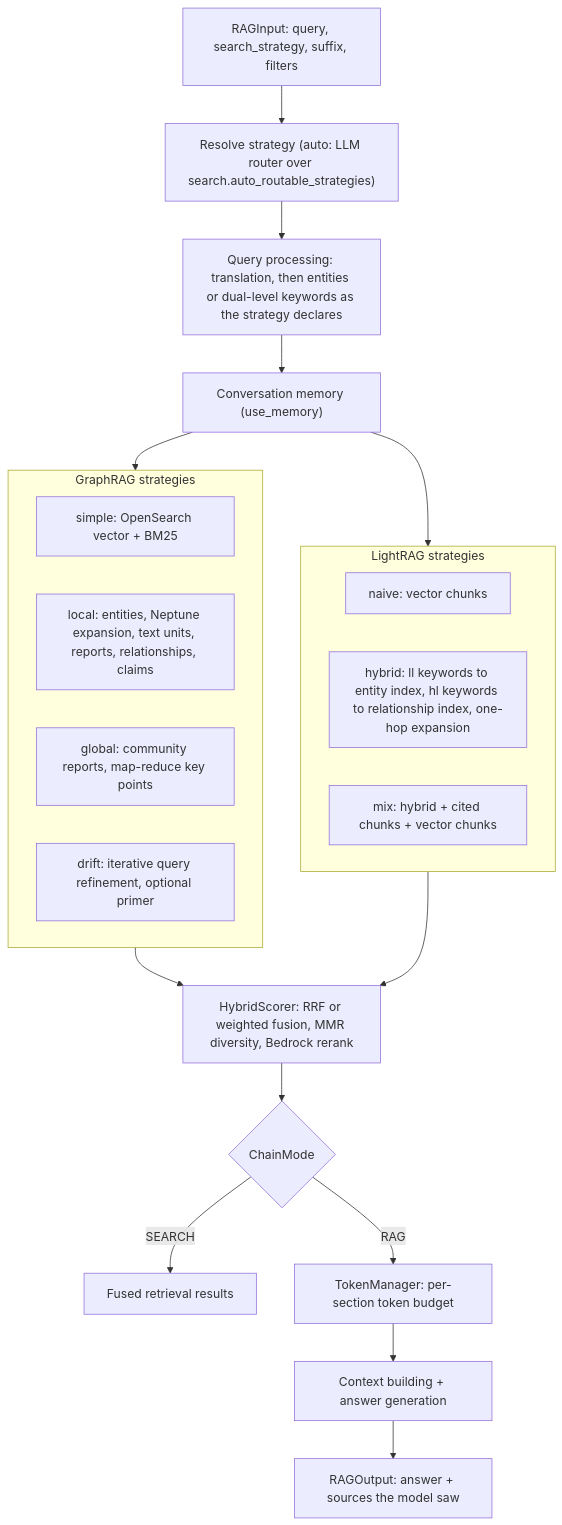
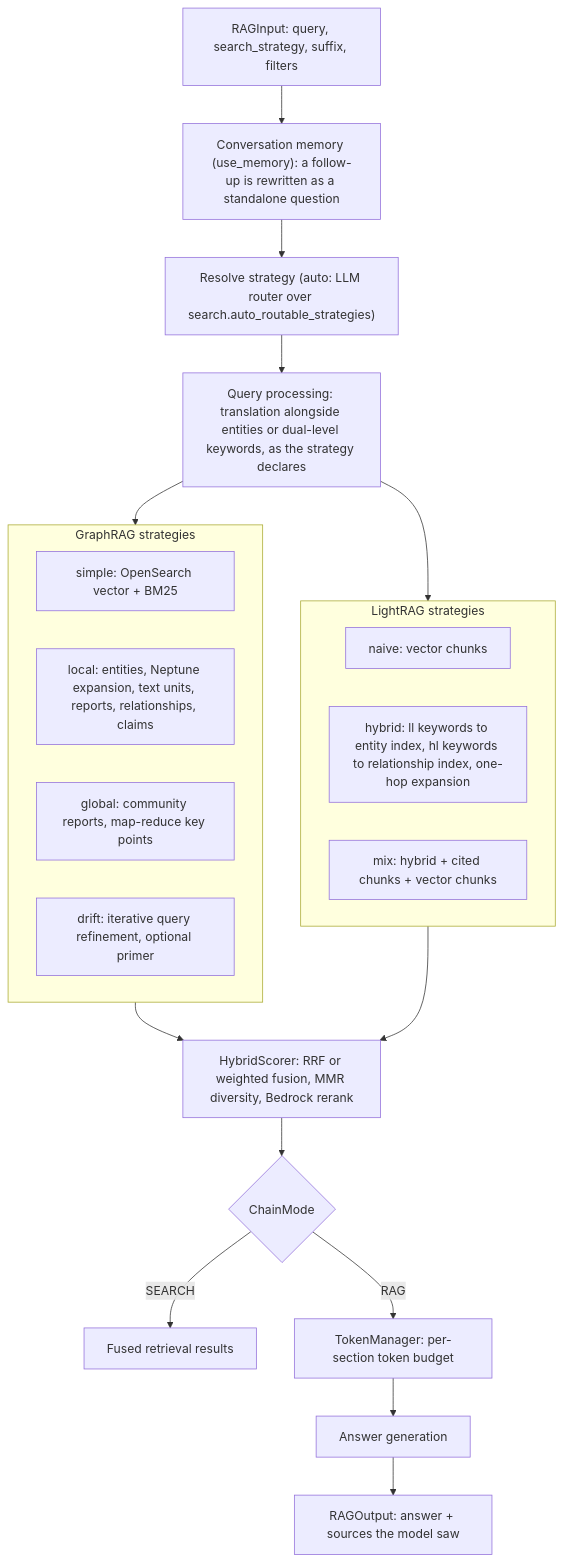
Before and after one commit to awslabs/unified-kg-rag-on-aws: the third of 3 diagrams in docs/design.ko.md, drawn with Mermaid. The commit also changed other lines of this file and 51 other files, not shown here.

First line of the commit message:
fix(retrieval): rewrite follow-ups, trim duplicate context and calls (#212)

````diff
--- a/docs/design.ko.md
+++ b/docs/design.ko.md
@@ -291,26 +291,26 @@
 ```mermaid
 flowchart TD
-    input["RAGInput: query, search_strategy, suffix, filters"] --> resolve["Resolve strategy (auto: LLM router over search.auto_routable_strategies)"]
-    resolve --> qp["Query processing: translation, then entities or dual-level keywords as the strategy declares"]
-    qp --> memory["Conversation memory (use_memory)"]
-    memory --> graphrag
-    memory --> lightrag
+    input["RAGInput: query, search_strategy, suffix, filters"] --> memory["Conversation memory (use_memory): a follow-up is rewritten as a standalone question"]
+    memory --> resolve["Resolve strategy (auto: LLM router over search.auto_routable_strategies)"]
+    resolve --> qp["Query processing: translation alongside entities or dual-level keywords, as the strategy declares"]
+    qp --> graphrag
+    qp --> lightrag
     subgraph graphrag["GraphRAG strategies"]
         simple["simple: OpenSearch vector + BM25"]
         local["local: entities, Neptune expansion, text units, reports, relationships, claims"]
         global["global: community reports, map-reduce key points"]
         drift["drift: iterative query refinement, optional primer"]
     end
     subgraph lightrag["LightRAG strategies"]
         naive["naive: vector chunks"]
         hybrid["hybrid: ll keywords to entity index, hl keywords to relationship index, one-hop expansion"]
         mix["mix: hybrid + cited chunks + vector chunks"]
     end
     graphrag --> fuse["HybridScorer: RRF or weighted fusion, MMR diversity, Bedrock rerank"]
     lightrag --> fuse
     fuse --> mode{"ChainMode"}
     mode -- SEARCH --> results["Fused retrieval results"]
     mode -- RAG --> budget["TokenManager: per-section token budget"]
-    budget --> answer["Context building + answer generation"]
+    budget --> answer["Answer generation"]
     answer --> output["RAGOutput: answer + sources the model saw"]
 ```
````
